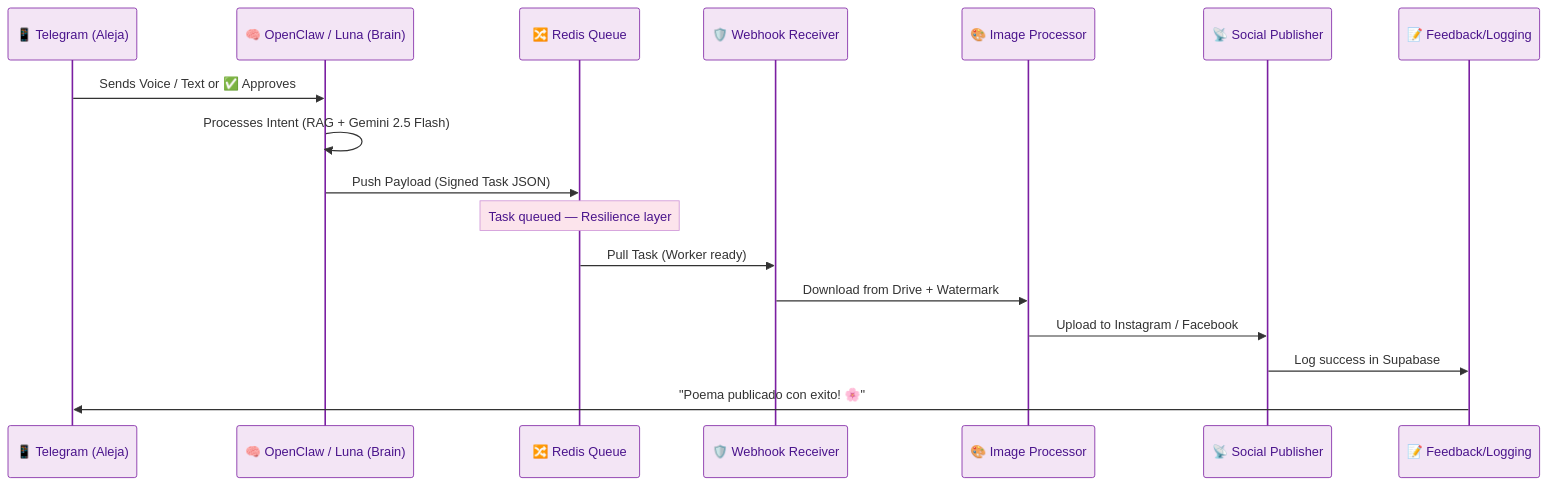
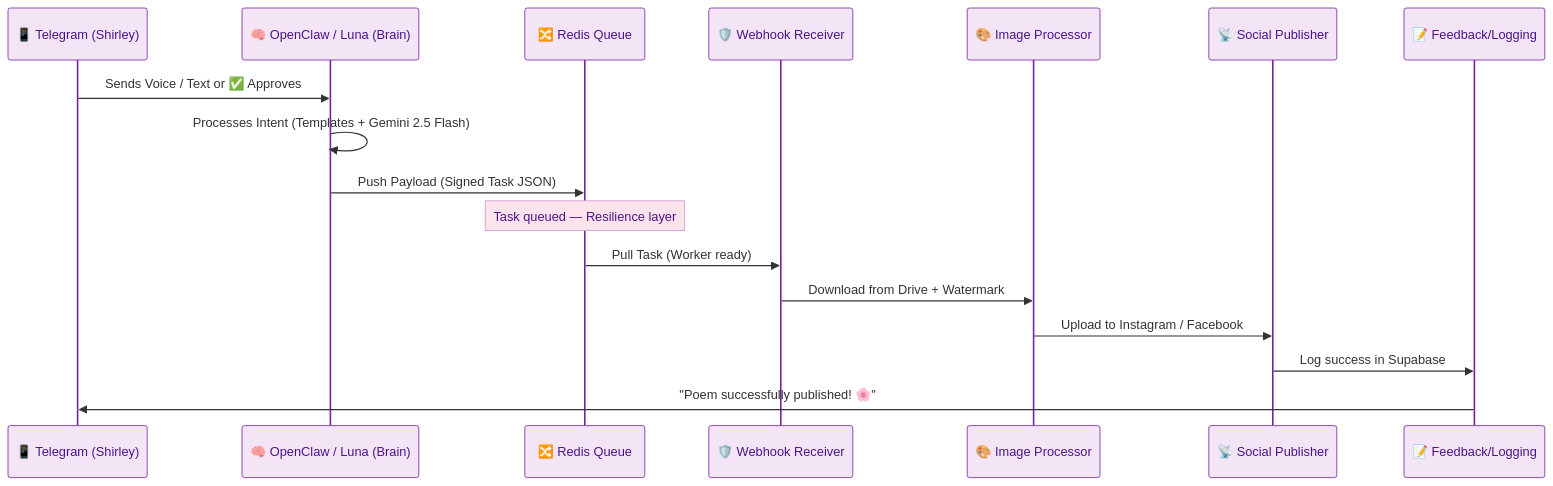
One commit to aleocampodev/LobsterMarketing changed the second of 3 diagrams in specs/architecture.md. Above: the diagram before and after it, drawn with Mermaid. The commit also changed other lines of this file and 30 other files, not shown here.

````diff
--- a/specs/architecture.md
+++ b/specs/architecture.md
@@ -102,33 +102,33 @@
 ```mermaid
 %%{init: {'theme': 'base', 'themeVariables': {
   'actorTextColor': '#4A148C',
   'actorBorder': '#7B1FA2',
   'actorBkg': '#F3E5F5',
   'activationBorderColor': '#F57F17',
   'activationBkgColor': '#FFF8E1',
   'sequenceNumberColor': '#4A148C',
   'noteBorderColor': '#CE93D8',
   'noteBkgColor': '#FCE4EC',
   'noteTextColor': '#4A148C',
   'labelTextColor': '#4A148C',
   'loopTextColor': '#F57F17'
 }}}%%
 sequenceDiagram
-    participant T as 📱 Telegram (Aleja)
+    participant T as 📱 Telegram (Shirley)
     participant O as 🧠 OpenClaw / Luna (Brain)
     participant R as 🔀 Redis Queue
     participant W as 🛡️ Webhook Receiver
     participant IP as 🎨 Image Processor
     participant SP as 📡 Social Publisher
     participant FL as 📝 Feedback/Logging
 
     T->>O: Sends Voice / Text or ✅ Approves
-    O->>O: Processes Intent (RAG + Gemini 2.5 Flash)
+    O->>O: Processes Intent (Templates + Gemini 2.5 Flash)
     O->>R: Push Payload (Signed Task JSON)
     Note over R: Task queued — Resilience layer
     R->>W: Pull Task (Worker ready)
     W->>IP: Download from Drive + Watermark
     IP->>SP: Upload to Instagram / Facebook
     SP->>FL: Log success in Supabase
-    FL->>T: "Poema publicado con exito! 🌸"
+    FL->>T: "Poem successfully published! 🌸"
 ```
````
